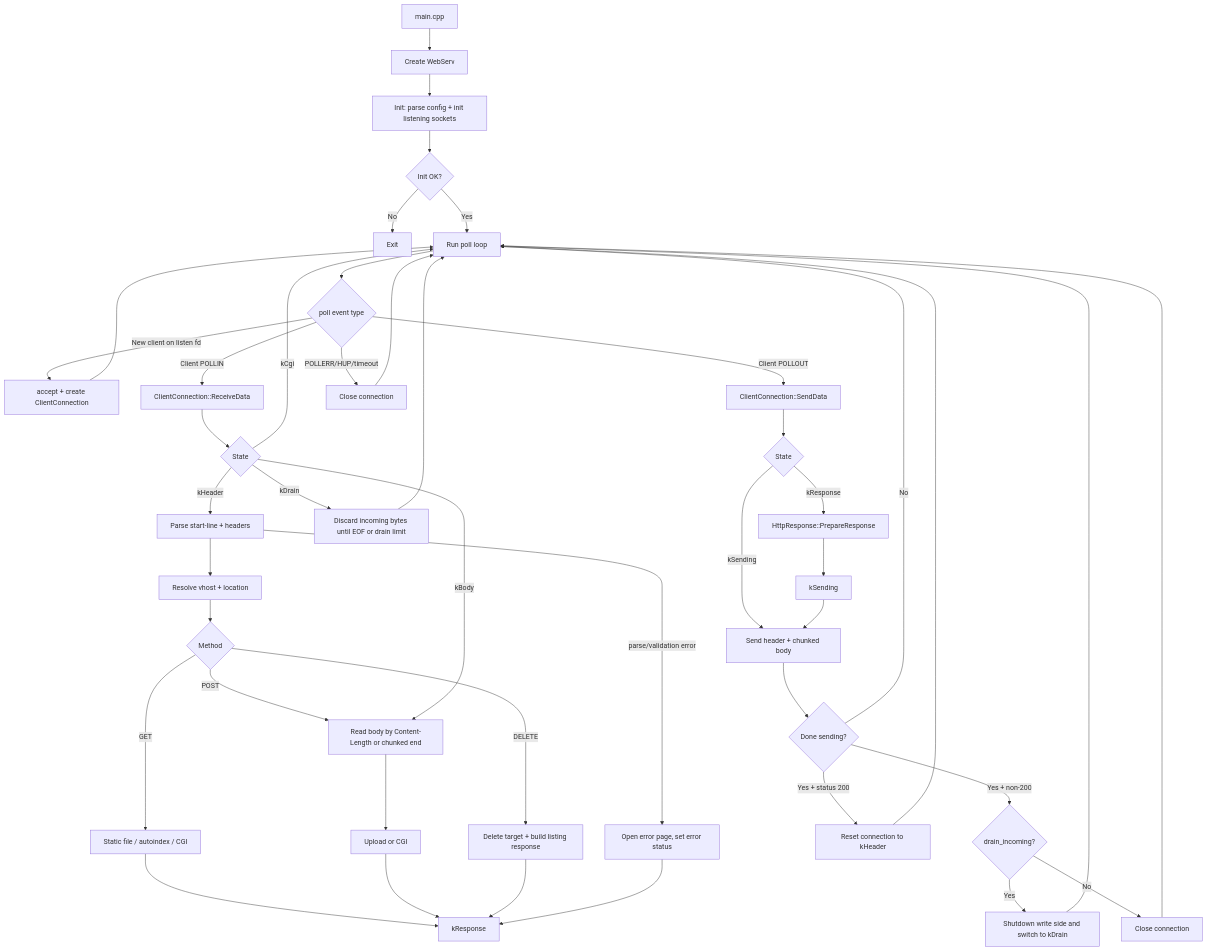
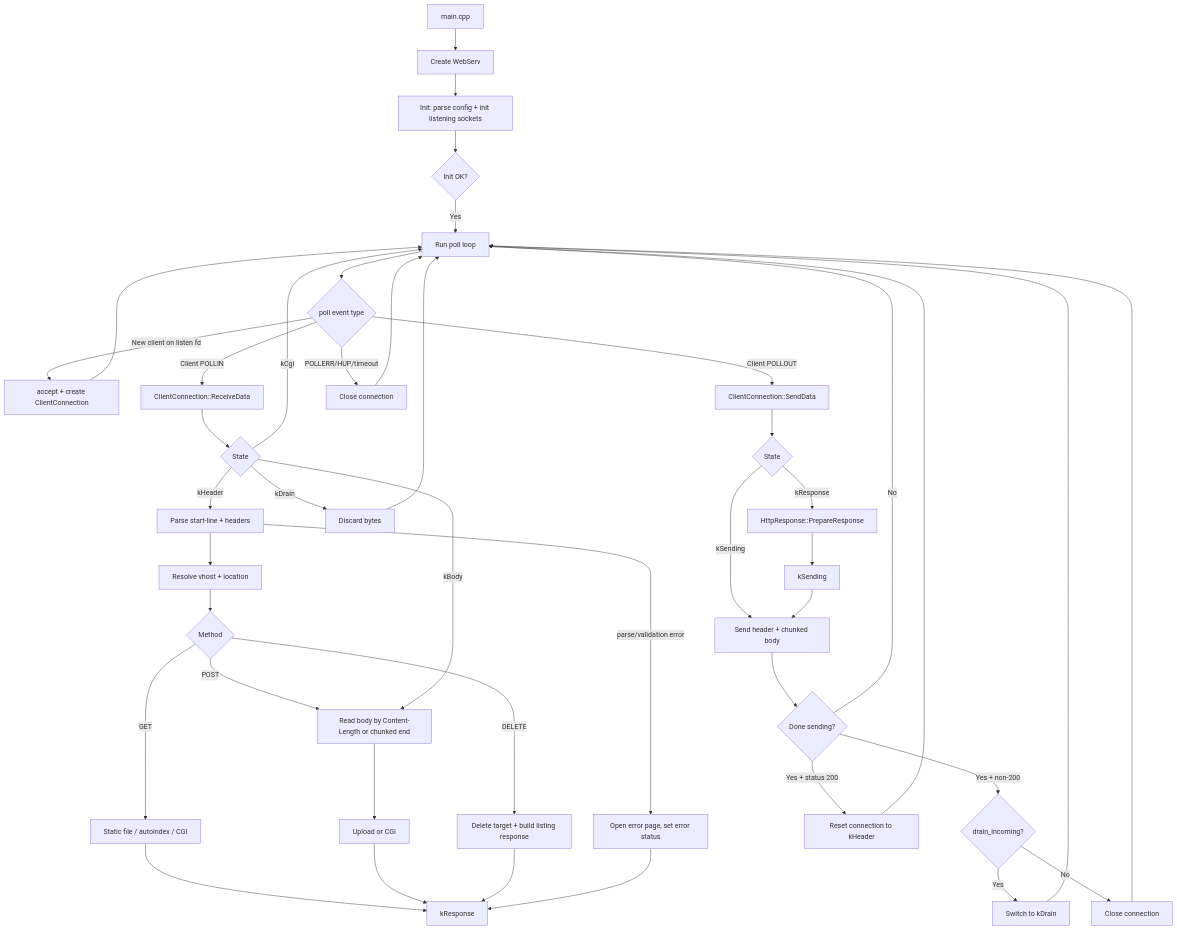
One commit to kirkram/http_server changed the diagram in WORKFLOW.md. Above: the diagram before and after it, drawn with Mermaid. The commit also changed other lines of this file and 2 other files, not shown here.

Commit message:
feat: add new test index page for 8081 in default config

````diff
--- a/WORKFLOW.md
+++ b/WORKFLOW.md
@@ -16,51 +15,50 @@
 ```mermaid
 flowchart TD
-    A[main.cpp] --> B[Create WebServ]
-    B --> C[Init: parse config + init listening sockets]
-    C --> D{Init OK?}
-    D -- No --> Z1[Exit]
-    D -- Yes --> E[Run poll loop]
+  A[main.cpp] --> B[Create WebServ]
+  B --> C[Init: parse config + init listening sockets]
+  C --> D{Init OK?}
+  D -- Yes --> E[Run poll loop]
 
-    E --> F{poll event type}
-    F -- New client on listen fd --> G[accept + create ClientConnection]
-    G --> E
+  E --> F{poll event type}
+  F -- New client on listen fd --> G[accept + create ClientConnection]
+  G --> E
 
-    F -- Client POLLIN --> H[ClientConnection::ReceiveData]
-    H --> I{State}
-    I -- kHeader --> J[Parse start-line + headers]
-    J --> K[Resolve vhost + location]
-    K --> L{Method}
-    L -- GET --> M[Static file / autoindex / CGI]
-    L -- POST --> N[Read body by Content-Length or chunked end]
-    N --> O[Upload or CGI]
-    L -- DELETE --> P[Delete target + build listing response]
-    M --> Q[kResponse]
-    O --> Q
-    P --> Q
-    J -->|parse/validation error| R[Open error page, set error status]
-    R --> Q
+  F -- Client POLLIN --> H[ClientConnection::ReceiveData]
+  H --> I{State}
+  I -- kHeader --> J[Parse start-line + headers]
+  J --> K[Resolve vhost + location]
+  K --> L{Method}
+  L -- GET --> M[Static file / autoindex / CGI]
+  L -- POST --> N[Read body by Content-Length or chunked end]
+  N --> O[Upload or CGI]
+  L -- DELETE --> P[Delete target + build listing response]
+  M --> Q[kResponse]
+  O --> Q
+  P --> Q
+  J -->|parse/validation error| R[Open error page, set error status]
+  R --> Q
 
-    I -- kBody --> N
-    I -- kDrain --> S[Discard incoming bytes until EOF or drain limit]
-    S --> E
-    I -- kCgi --> E
+  I -- kBody --> N
+  I -- kDrain --> S[Discard bytes]
+  S --> E
+  I -- kCgi --> E
 
-    F -- Client POLLOUT --> T[ClientConnection::SendData]
-    T --> U{State}
-    U -- kResponse --> V[HttpResponse::PrepareResponse]
-    V --> W[kSending]
-    U -- kSending --> X[Send header + chunked body]
-    W --> X
-    X --> Y{Done sending?}
-    Y -- No --> E
-    Y -- Yes + status 200 --> AA[Reset connection to kHeader]
-    AA --> E
-    Y -- Yes + non-200 --> AB{drain_incoming?}
-    AB -- Yes --> AC[Shutdown write side and switch to kDrain]
-    AC --> E
-    AB -- No --> AD[Close connection]
-    AD --> E
+  F -- Client POLLOUT --> T[ClientConnection::SendData]
+  T --> U{State}
+  U -- kResponse --> V[HttpResponse::PrepareResponse]
+  V --> W[kSending]
+  U -- kSending --> X[Send header + chunked body]
+  W --> X
+  X --> Y{Done sending?}
+  Y -- No --> E
+  Y -- Yes + status 200 --> AA[Reset connection to kHeader]
+  AA --> E
+  Y -- Yes + non-200 --> AB{drain_incoming?}
+  AB -- Yes --> AC[Switch to kDrain]
+  AC --> E
+  AB -- No --> AD[Close connection]
+  AD --> E
 
-    F -- POLLERR/HUP/timeout --> AE[Close connection]
-    AE --> E
+  F -- POLLERR/HUP/timeout --> AE[Close connection]
+  AE --> E
 ```
````
